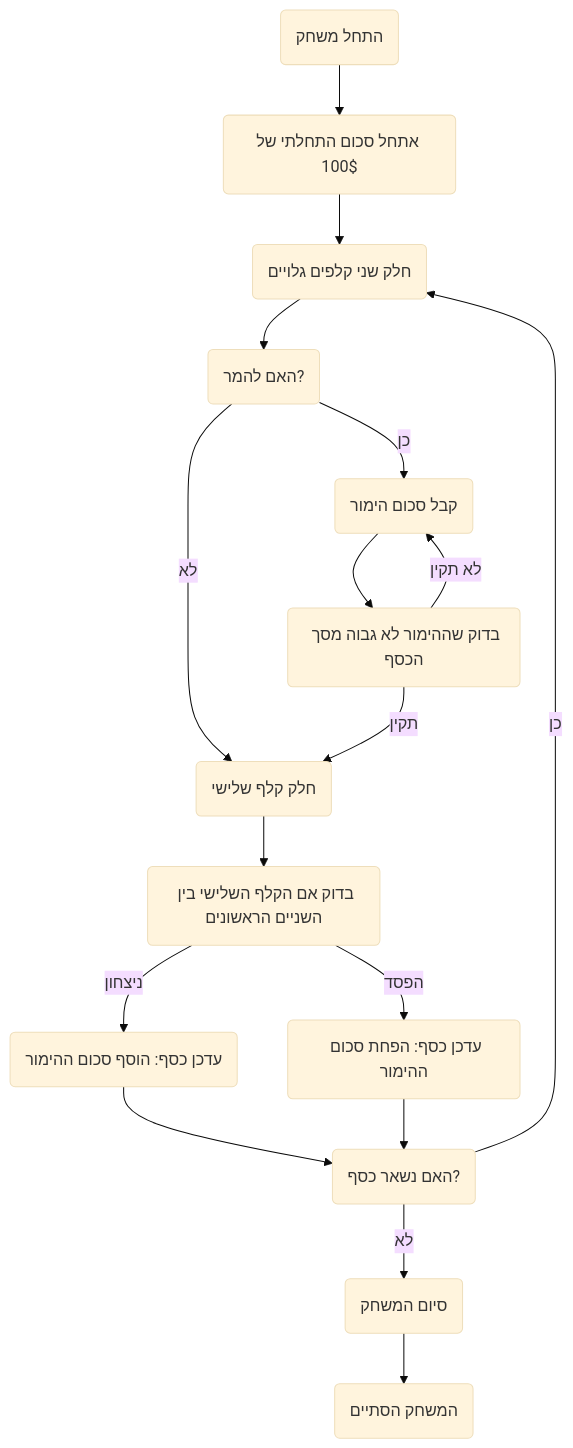
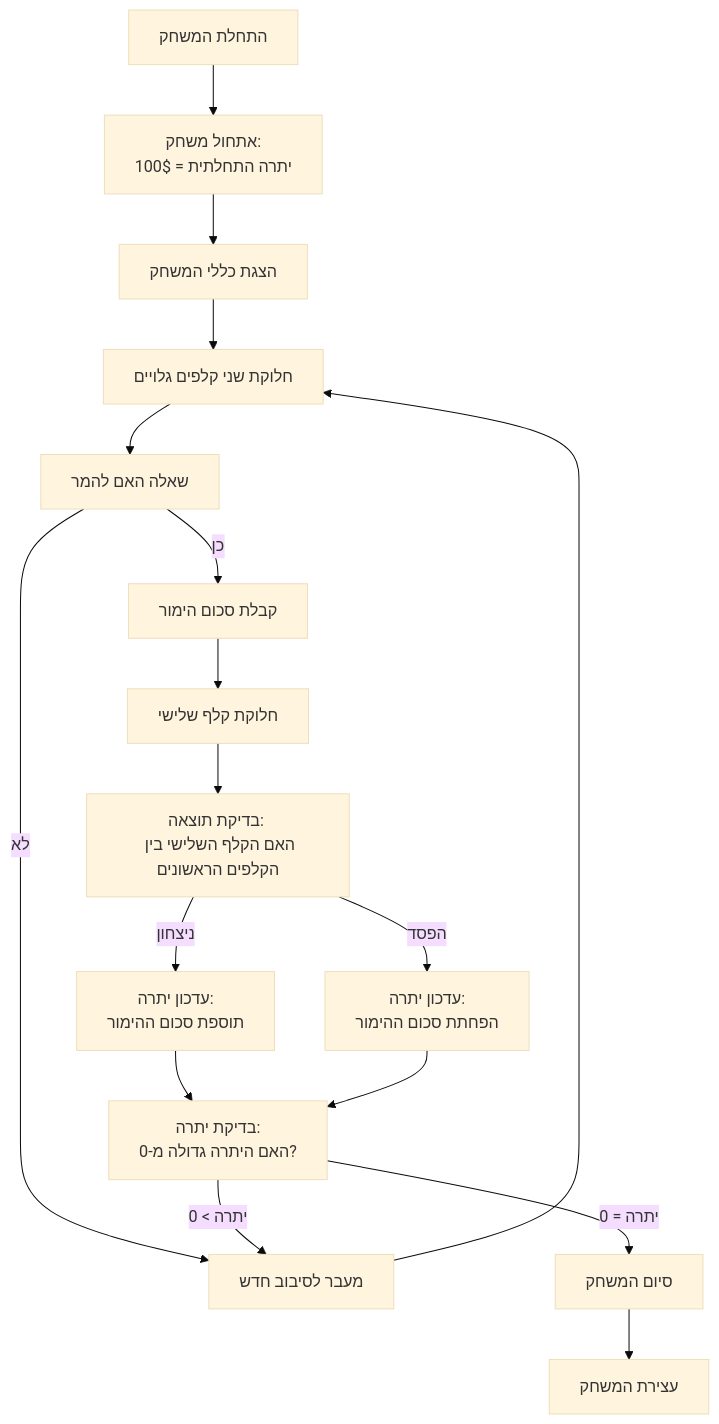
One commit to hypo69/hypo changed the diagram in docs/gemini/he/explainer/src/endpoints/ai_games/101_basic_computer_games/ru/GAMES/ACEDU/rules.md.md. Above: the diagram before and after it, drawn with Mermaid (base theme). The commit also changed other lines of this file and 885 other files, not shown here.

````diff
--- a/docs/gemini/he/explainer/src/endpoints/ai_games/101_basic_computer_games/ru/GAMES/ACEDU/rules.md.md
+++ b/docs/gemini/he/explainer/src/endpoints/ai_games/101_basic_computer_games/ru/GAMES/ACEDU/rules.md.md
@@ -41,19 +45,19 @@
 ```mermaid
 flowchart TD
-    Start(התחל משחק) --> Initialize(אתחל סכום התחלתי של 100$)
-    Initialize --> DealCards(חלק שני קלפים גלויים)
-    DealCards --> BetOption(האם להמר?)
-    BetOption -- כן --> GetBet(קבל סכום הימור)
-    BetOption -- לא --> DealThirdCard(חלק קלף שלישי)
-    GetBet --> ValidateBet(בדוק שההימור לא גבוה מסך הכסף)
-    ValidateBet -- תקין --> DealThirdCard
-    ValidateBet -- לא תקין --> GetBet
-    DealThirdCard --> CheckWinLose(בדוק אם הקלף השלישי בין השניים הראשונים)
-    CheckWinLose -- ניצחון --> UpdateMoneyWin(עדכן כסף: הוסף סכום ההימור)
-    CheckWinLose -- הפסד --> UpdateMoneyLose(עדכן כסף: הפחת סכום ההימור)
-    UpdateMoneyWin --> CheckMoney(האם נשאר כסף?)
-    UpdateMoneyLose --> CheckMoney
-    CheckMoney -- כן --> DealCards
-    CheckMoney -- לא --> End(סיום המשחק)
-    End --> Stop(המשחק הסתיים)
+    Start[התחלת המשחק] --> Init[אתחול משחק: <br>יתרה התחלתית = 100$]
+    Init --> ShowRules[הצגת כללי המשחק]
+    ShowRules --> DealCards[חלוקת שני קלפים גלויים]
+    DealCards --> AskBet[שאלה האם להמר]
+    AskBet -- "כן" --> GetBet[קבלת סכום הימור]
+    GetBet --> DealThirdCard[חלוקת קלף שלישי]
+    AskBet -- "לא" -->  NewRound[מעבר לסיבוב חדש]
+    DealThirdCard --> CheckResult[בדיקת תוצאה: <br>האם הקלף השלישי בין הקלפים הראשונים]
+     CheckResult -- "ניצחון" --> UpdateBalanceWin[עדכון יתרה: <br>תוספת סכום ההימור]
+     CheckResult -- "הפסד" --> UpdateBalanceLose[עדכון יתרה: <br>הפחתת סכום ההימור]
+     UpdateBalanceWin --> CheckBalance[בדיקת יתרה: <br>האם היתרה גדולה מ-0?]
+    UpdateBalanceLose --> CheckBalance
+    CheckBalance -- "יתרה > 0" --> NewRound
+    CheckBalance -- "יתרה = 0" --> End[סיום המשחק]
+    NewRound --> DealCards
+    End --> Stop[עצירת המשחק]
 ```
````
